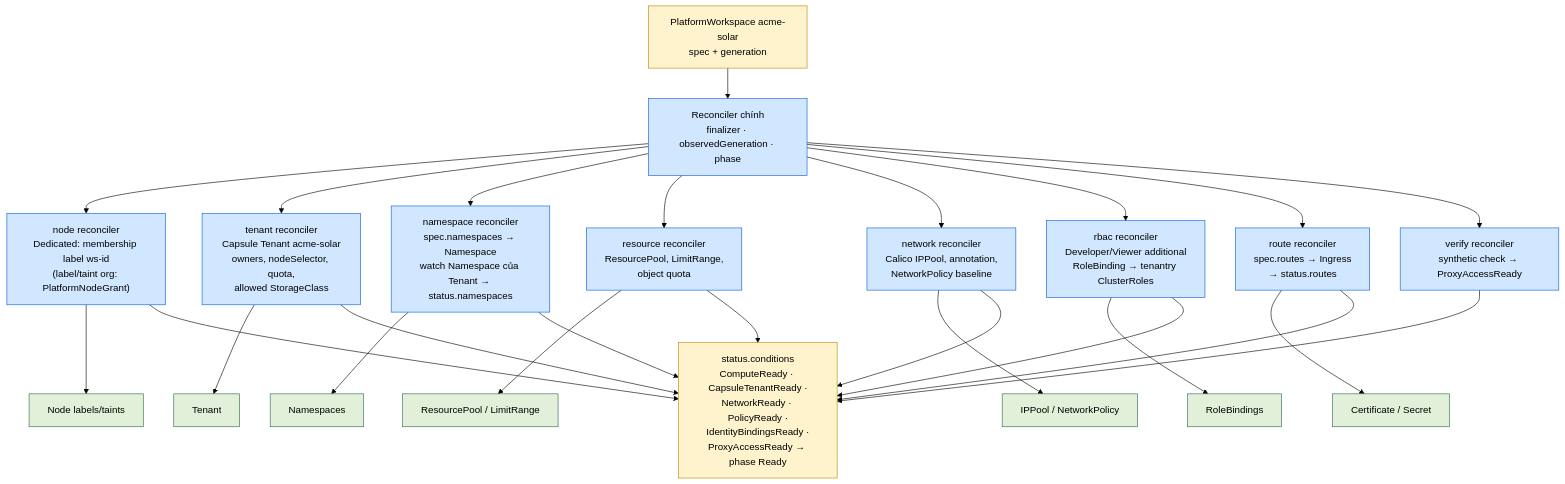
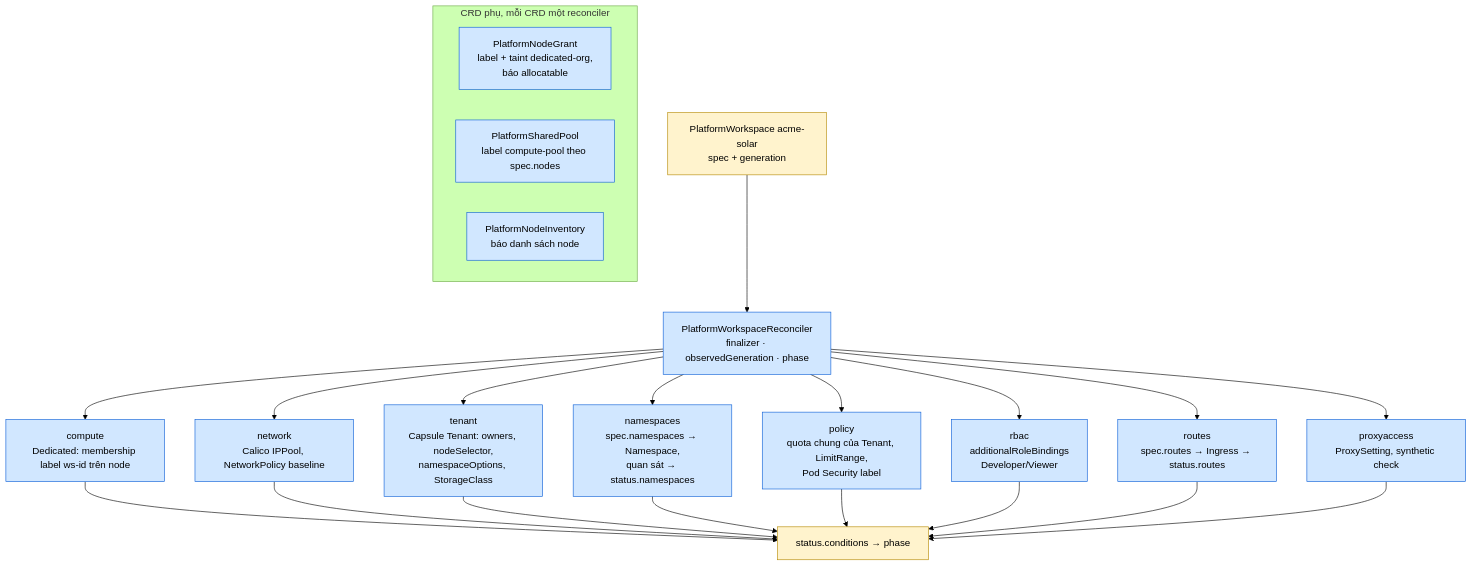
Before and after one commit to thaihoc1310/tenantry: the fifth of 5 diagrams in docs/architecture/01-system-context.md, drawn with Mermaid (forest theme). The commit also changed other lines of this file and 14 other files, not shown here.

Commit message:
docs: full review of M0-M12 with org slugs without hyphens, one shared quota per Workspace, tenant RoleBinding and network admission policies, kube-proxy local detection by interface, in-app ownership transfer, missing endpoints, and demo numbers that fit the lab

````diff
--- a/docs/architecture/01-system-context.md
+++ b/docs/architecture/01-system-context.md
@@ -270,38 +271,28 @@
 ```mermaid
 flowchart TB
   classDef in fill:#fff3cd,stroke:#b58900,color:#000
   classDef rec fill:#d1e7ff,stroke:#0b5ed7,color:#000
-  classDef out fill:#e2f0d9,stroke:#2d6a4f,color:#000
 
   CR["PlatformWorkspace acme-solar<br/>spec + generation"]:::in
-  Main["Reconciler chính<br/>finalizer · observedGeneration · phase"]:::rec
+  Main["PlatformWorkspaceReconciler<br/>finalizer · observedGeneration · phase"]:::rec
 
-  R1["node reconciler<br/>Dedicated: membership label ws-id<br/>(label/taint org: PlatformNodeGrant)"]:::rec
-  R2["tenant reconciler<br/>Capsule Tenant acme-solar<br/>owners, nodeSelector, quota,<br/>allowed StorageClass"]:::rec
-  R3["namespace reconciler<br/>spec.namespaces → Namespace<br/>watch Namespace của Tenant → status.namespaces"]:::rec
-  R4["resource reconciler<br/>ResourcePool, LimitRange,<br/>object quota"]:::rec
-  R5["network reconciler<br/>Calico IPPool, annotation,<br/>NetworkPolicy baseline"]:::rec
-  R6["rbac reconciler<br/>Developer/Viewer additional<br/>RoleBinding → tenantry ClusterRoles"]:::rec
-  R7["route reconciler<br/>spec.routes → Ingress<br/>→ status.routes"]:::rec
-  R8["verify reconciler<br/>synthetic check → ProxyAccessReady"]:::rec
-
-  O1["Node labels/taints"]:::out
-  O2["Tenant"]:::out
-  O3["Namespaces"]:::out
-  O4["ResourcePool / LimitRange"]:::out
-  O5["IPPool / NetworkPolicy"]:::out
-  O6["RoleBindings"]:::out
-  O7["Certificate / Secret"]:::out
-  Status["status.conditions<br/>ComputeReady · CapsuleTenantReady ·<br/>NetworkReady · PolicyReady ·<br/>IdentityBindingsReady ·<br/>ProxyAccessReady → phase Ready"]:::in
+  R1["compute<br/>Dedicated: membership label ws-id trên node"]:::rec
+  R2["network<br/>Calico IPPool, NetworkPolicy baseline"]:::rec
+  R3["tenant<br/>Capsule Tenant: owners, nodeSelector,<br/>namespaceOptions, StorageClass"]:::rec
+  R4["namespaces<br/>spec.namespaces → Namespace,<br/>quan sát → status.namespaces"]:::rec
+  R5["policy<br/>quota chung của Tenant, LimitRange,<br/>Pod Security label"]:::rec
+  R6["rbac<br/>additionalRoleBindings<br/>Developer/Viewer"]:::rec
+  R7["routes<br/>spec.routes → Ingress → status.routes"]:::rec
+  R8["proxyaccess<br/>ProxySetting, synthetic check"]:::rec
+  Status["status.conditions → phase"]:::in
 
   CR --> Main
-  Main --> R1 --> O1
-  Main --> R2 --> O2
-  Main --> R3 --> O3
-  Main --> R4 --> O4
-  Main --> R5 --> O5
-  Main --> R6 --> O6
-  Main --> R7 --> O7
-  Main --> R8
+  Main --> R1 & R2 & R3 & R4 & R5 & R6 & R7 & R8
   R1 & R2 & R3 & R4 & R5 & R6 & R7 & R8 --> Status
+
+  subgraph Aux["CRD phụ, mỗi CRD một reconciler"]
+    NG["PlatformNodeGrant<br/>label + taint dedicated-org,<br/>báo allocatable"]:::rec
+    SP["PlatformSharedPool<br/>label compute-pool theo spec.nodes"]:::rec
+    NI["PlatformNodeInventory<br/>báo danh sách node"]:::rec
+  end
 ```
````
